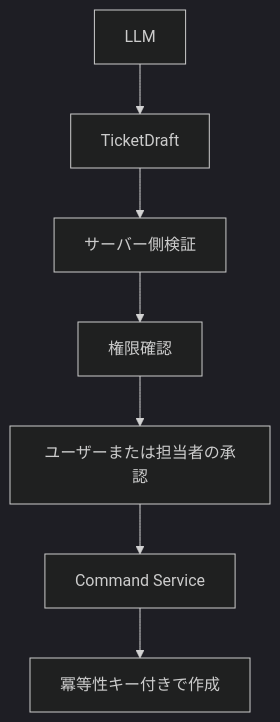
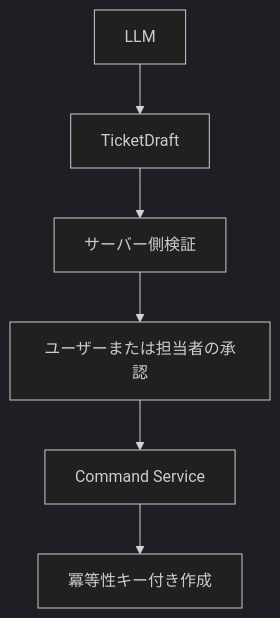
One commit to aymkbyshi/databricks-agentops-customer-support changed the fourth of 4 diagrams in articles/databricks-agentops-zenn.md. Above: the diagram before and after it, drawn with Mermaid (dark theme). The commit also changed other lines of this file, not shown here.

````diff
--- a/articles/databricks-agentops-zenn.md
+++ b/articles/databricks-agentops-zenn.md
@@ -478,9 +441,8 @@
 ```mermaid
 flowchart TD
     A[LLM] --> B[TicketDraft]
     B --> C[サーバー側検証]
-    C --> D[権限確認]
-    D --> E[ユーザーまたは担当者の承認]
-    E --> F[Command Service]
-    F --> G[冪等性キー付きで作成]
+    C --> D[ユーザーまたは担当者の承認]
+    D --> E[Command Service]
+    E --> F[冪等性キー付き作成]
 ```
````
